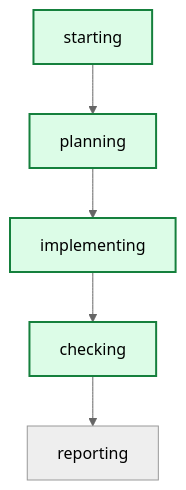
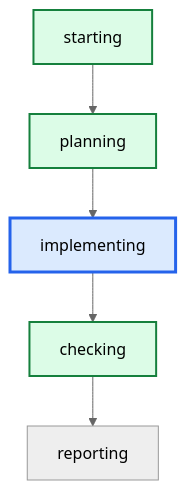
One commit to daniell0gda/hermes-feature-check-dashboard changed the diagram in runs/r82-porter-broad-sweep/graph.mmd. Above: the diagram before and after it, drawn with Mermaid (neutral theme). The commit also changed 13 other files, not shown here.

```diff
--- a/runs/r82-porter-broad-sweep/graph.mmd
+++ b/runs/r82-porter-broad-sweep/graph.mmd
@@ -1,13 +1,13 @@
 graph TD
     starting --> planning
     planning --> implementing
     implementing --> checking
     checking --> reporting
 
 classDef done fill:#dcfce7,stroke:#15803d,stroke-width:2px;
 classDef active fill:#dbeafe,stroke:#2563eb,stroke-width:3px;
 classDef failed fill:#fee2e2,stroke:#b42318,stroke-width:2px;
 class checking done;
+class implementing active;
 class starting done;
 class planning done;
-class implementing done;
```
